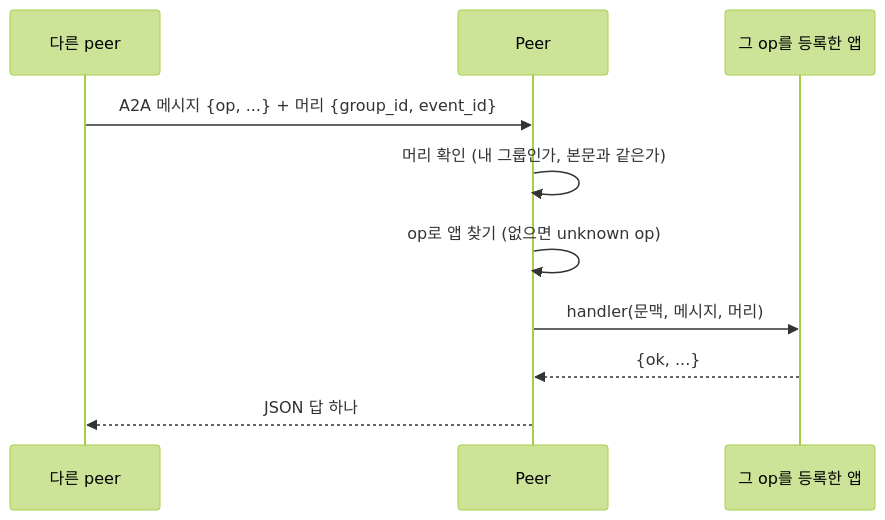
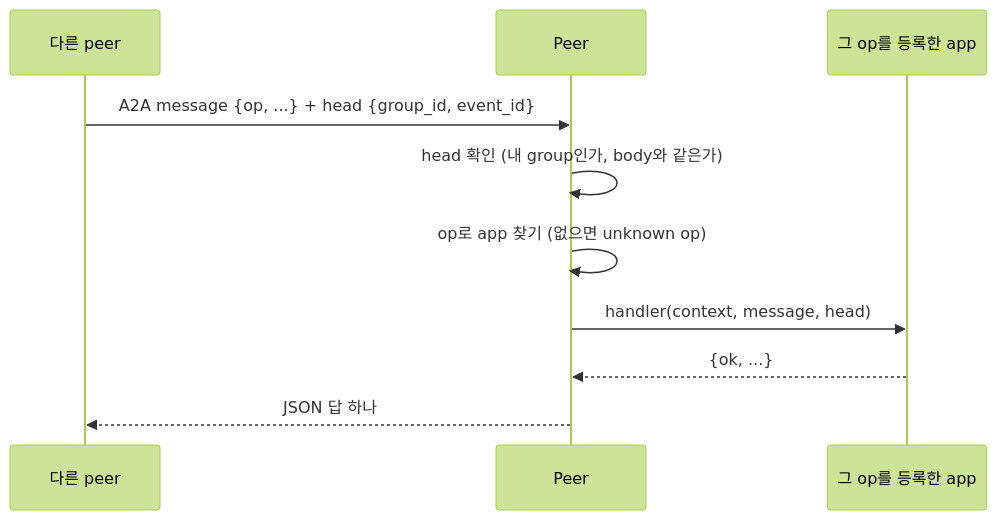
Before and after one commit to tanminkwan/share-ur-tokens: diagram 15 of 31 in docs/education.md, drawn with Mermaid (forest theme). The commit also changed other lines of this file and 27 other files, not shown here.

````diff
--- a/docs/education.md
+++ b/docs/education.md
@@ -371,12 +387,12 @@
 ```mermaid
 sequenceDiagram
     participant X as 다른 peer
     participant P as Peer
-    participant A as 그 op를 등록한 앱
-    X->>P: A2A 메시지 {op, ...} + 머리 {group_id, event_id}
-    P->>P: 머리 확인 (내 그룹인가, 본문과 같은가)
-    P->>P: op로 앱 찾기 (없으면 unknown op)
-    P->>A: handler(문맥, 메시지, 머리)
+    participant A as 그 op를 등록한 app
+    X->>P: A2A message {op, ...} + head {group_id, event_id}
+    P->>P: head 확인 (내 group인가, body와 같은가)
+    P->>P: op로 app 찾기 (없으면 unknown op)
+    P->>A: handler(context, message, head)
     A-->>P: {ok, ...}
     P-->>X: JSON 답 하나
 ```
````
